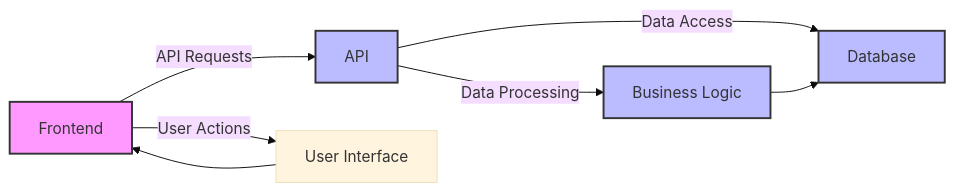
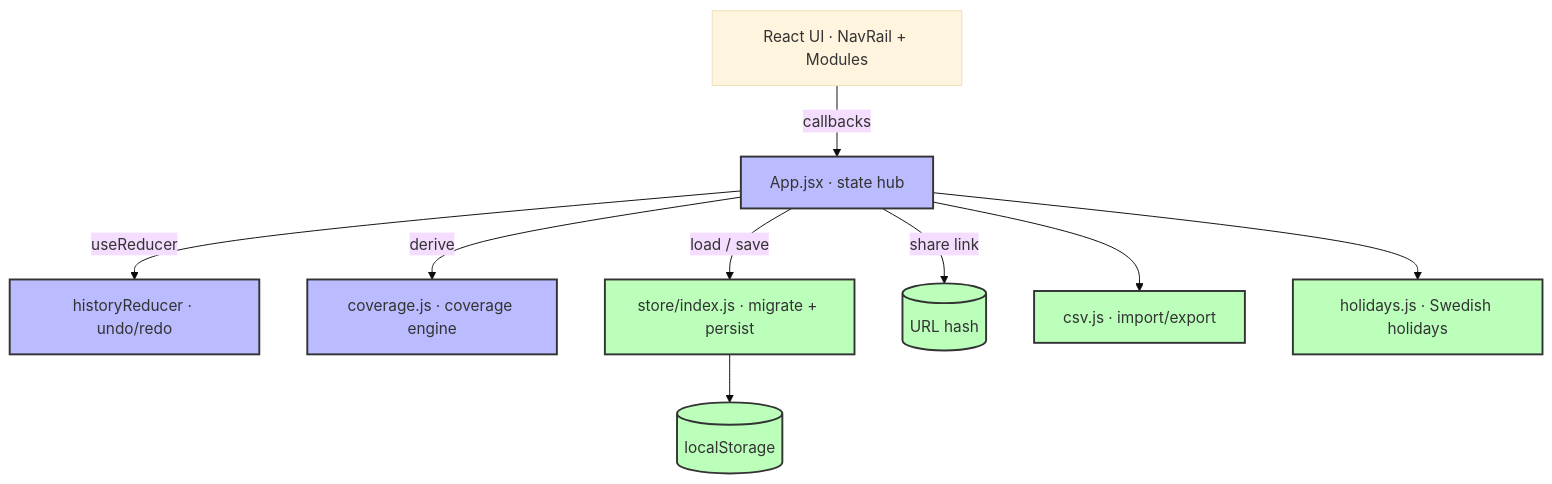
One commit to Naab14/vacation-planner changed the diagram in ARCHITECTURE.md. Above: the diagram before and after it, drawn with Mermaid (base theme). The commit also changed other lines of this file and 27 other files, not shown here.

````diff
--- a/ARCHITECTURE.md
+++ b/ARCHITECTURE.md
@@ -1,15 +9,16 @@
 ```mermaid
+graph TD;
+    UI[React UI · NavRail + Modules] -->|callbacks| APP[App.jsx · state hub];
+    APP -->|useReducer| HIST[historyReducer · undo/redo];
+    APP -->|derive| COV[coverage.js · coverage engine];
+    APP -->|load / save| STORE[store/index.js · migrate + persist];
+    STORE --> LS[(localStorage)];
+    APP -->|share link| URL[(URL hash)];
+    APP --> CSV[csv.js · import/export];
+    APP --> HOL[holidays.js · Swedish holidays];
 
-graph LR;
-    A[Frontend] -->|API Requests| B[API];
-    B -->|Data Access| C[Database];
-    A -->|User Actions| D[User Interface];
-    B -->|Data Processing| E[Business Logic];
-    E --> C;
-    D --> A;
-    classDef frontend fill:#f9f,stroke:#333,stroke-width:2px;
-    classDef backend fill:#bbf,stroke:#333,stroke-width:2px;
-    class A frontend;
-    class B,E backend;
-    class C backend;
+    classDef core fill:#bbf,stroke:#333,stroke-width:2px;
+    classDef io fill:#bfb,stroke:#333,stroke-width:2px;
+    class APP,COV,HIST core;
+    class STORE,LS,URL,CSV,HOL io;
 ```
````
